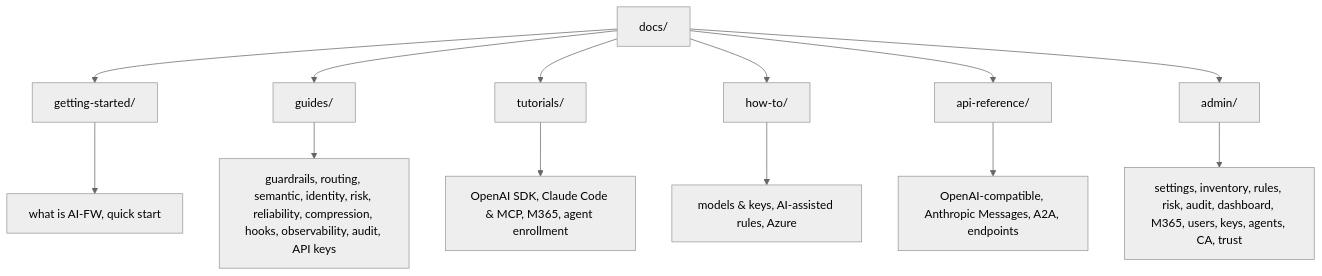
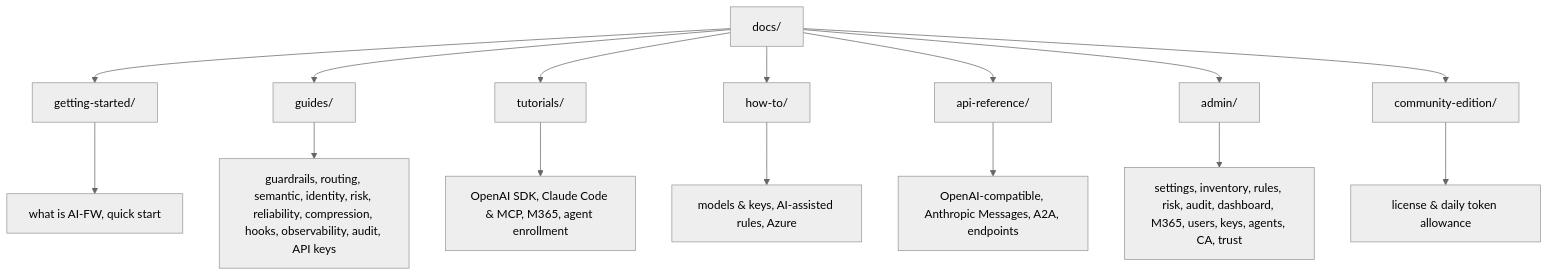
Before and after one commit to securetron-gh/aifw: the second of 2 diagrams in README.md, drawn with Mermaid (neutral theme). The commit also changed other lines of this file and 4 other files, not shown here.

First line of the commit message:
docs: add Community Edition license page and README link

````diff
--- a/README.md
+++ b/README.md
@@ -116,15 +116,17 @@
 ```mermaid
 flowchart TD
   A["docs/"] --> B["getting-started/"]
   A --> C["guides/"]
   A --> D["tutorials/"]
   A --> E["how-to/"]
   A --> F["api-reference/"]
   A --> G["admin/"]
+  A --> H["community-edition/"]
   B --> B1["what is AI-FW, quick start"]
   C --> C1["guardrails, routing, semantic, identity, risk, reliability, compression, hooks, observability, audit, API keys"]
   D --> D1["OpenAI SDK, Claude Code & MCP, M365, agent enrollment"]
   E --> E1["models & keys, AI-assisted rules, Azure"]
   F --> F1["OpenAI-compatible, Anthropic Messages, A2A, endpoints"]
   G --> G1["settings, inventory, rules, risk, audit, dashboard, M365, users, keys, agents, CA, trust"]
+  H --> H1["license & daily token allowance"]
 ```
````
